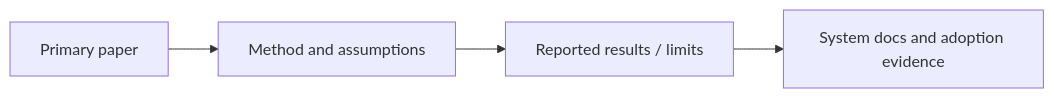
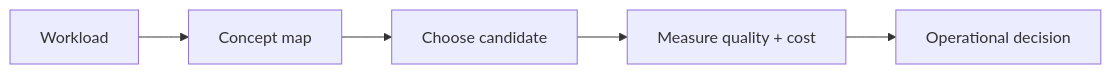
One commit to Pavan048/My-Field-Notes changed the diagram in 01-ai-engineering/vector-databases/09-research/README.md. Above: the diagram before and after it, drawn with Mermaid. The commit also changed other lines of this file and 91 other files, not shown here.

````diff
--- a/01-ai-engineering/vector-databases/09-research/README.md
+++ b/01-ai-engineering/vector-databases/09-research/README.md
@@ -5,6 +5,7 @@
 ```mermaid
 flowchart LR
-  P[Primary paper] --> M[Method and assumptions]
-  M --> R[Reported results / limits]
-  R --> S[System docs and adoption evidence]
+ A[Workload] --> B[Concept map]
+ B --> C[Choose candidate]
+ C --> D[Measure quality + cost]
+ D --> E[Operational decision]
 ```
````
